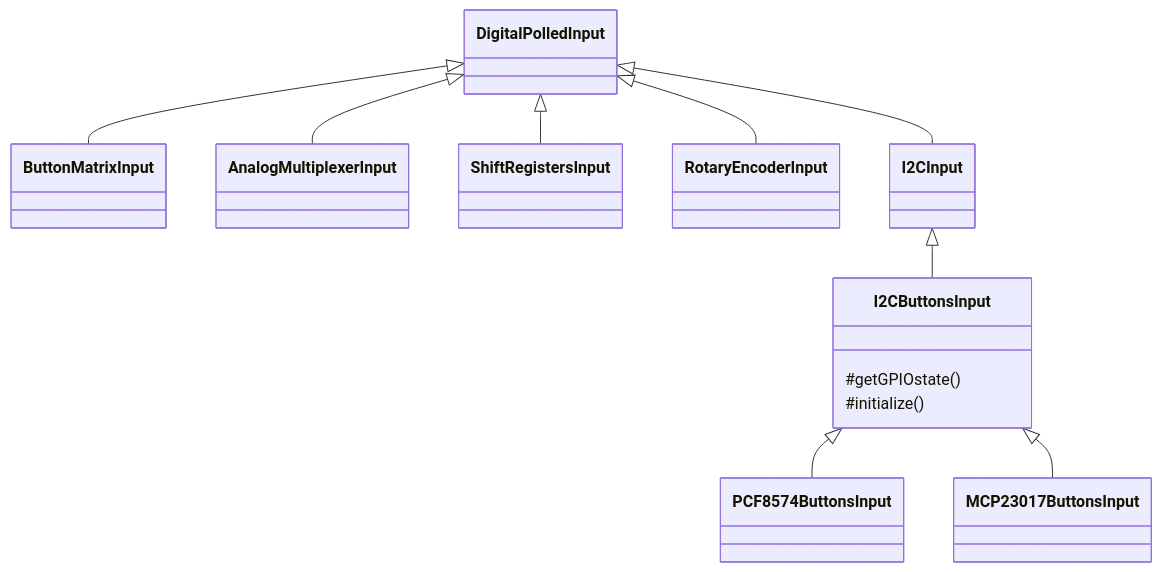
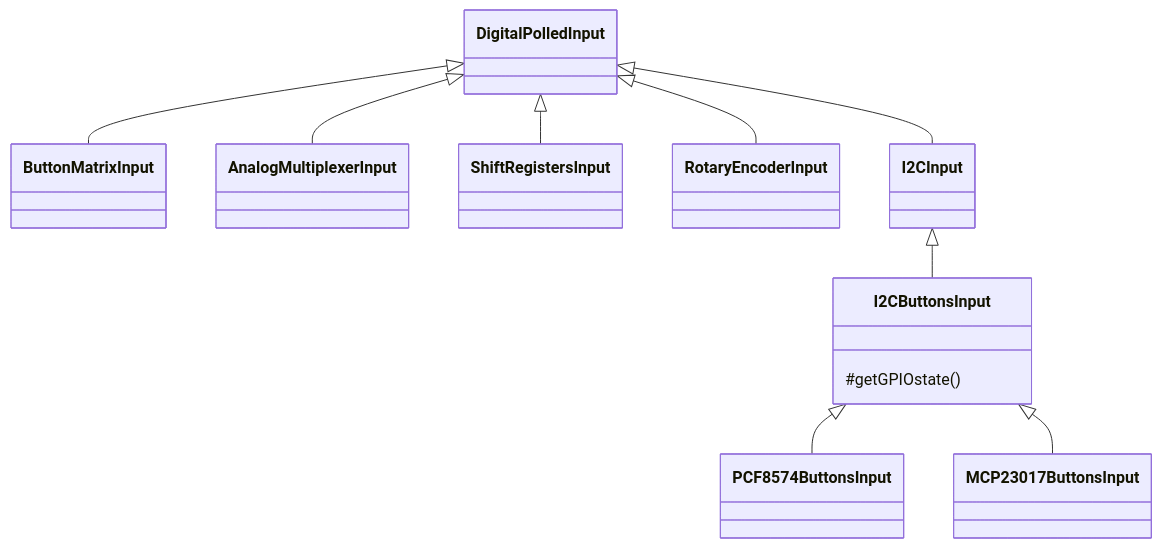
The second of 4 diagrams in doc/firmware/FirmwareArchitecture_en.md (afpineda/OpenSourceSimWheelESP32), drawn with Mermaid before and after one commit. The commit also changed other lines of this file and 2 other files, not shown here.

````diff
--- a/doc/firmware/FirmwareArchitecture_en.md
+++ b/doc/firmware/FirmwareArchitecture_en.md
@@ -101,15 +103,14 @@
 ```mermaid
 classDiagram
     class I2CButtonsInput{
       #getGPIOstate()
-      #initialize()
     }
     DigitalPolledInput <|-- ButtonMatrixInput
     DigitalPolledInput <|-- AnalogMultiplexerInput
     DigitalPolledInput <|-- ShiftRegistersInput
     DigitalPolledInput <|-- RotaryEncoderInput
     DigitalPolledInput <|-- I2CInput
     I2CInput <|-- I2CButtonsInput
     I2CButtonsInput <|-- PCF8574ButtonsInput
     I2CButtonsInput <|-- MCP23017ButtonsInput
 ```
````
